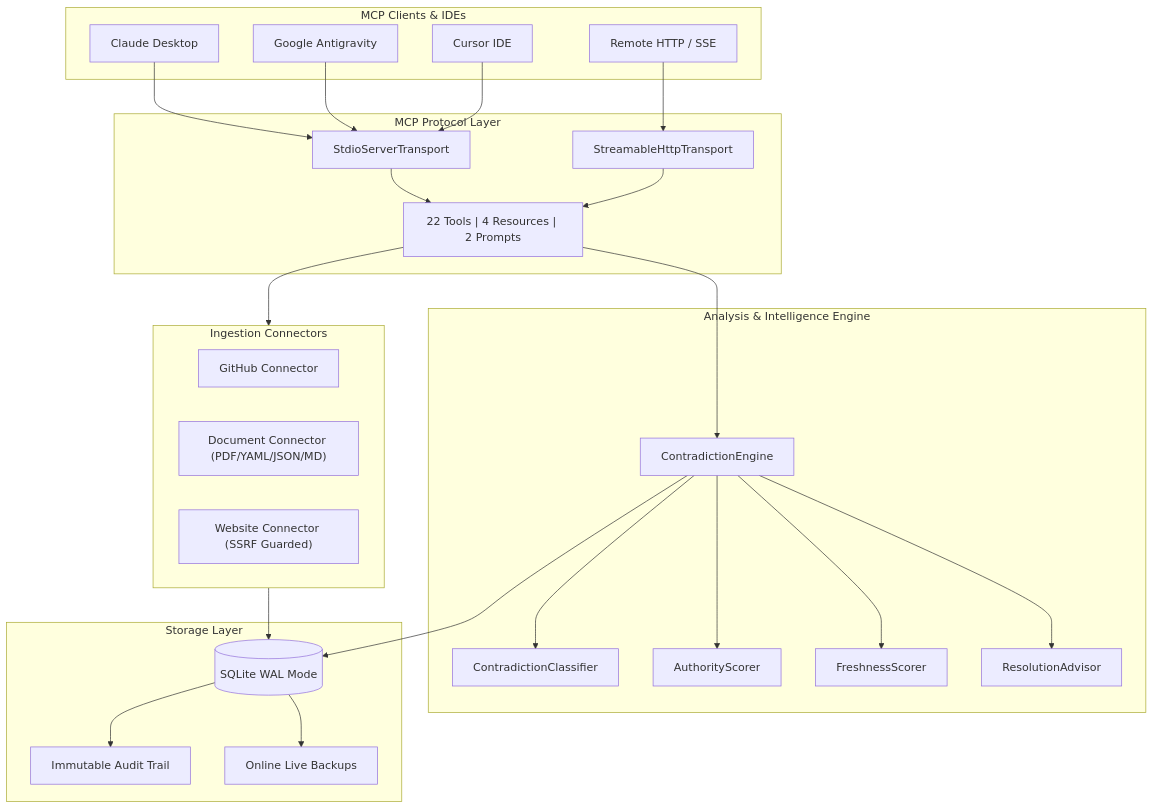
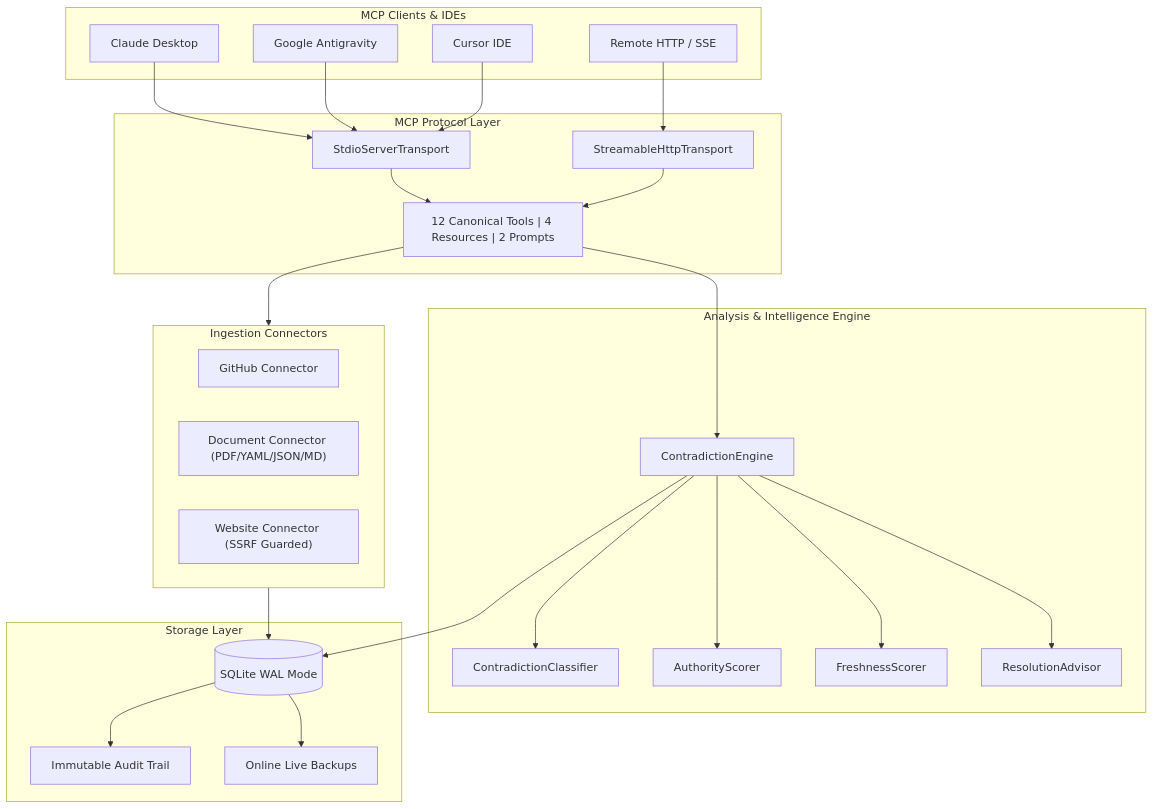
The diagram in README.md (Daksh-create349/Contradiction-MCP), drawn with Mermaid before and after one commit. The commit also changed other lines of this file and 15 other files, not shown here.

First line of the commit message:
chore(release): v0.3.0 - 12 canonical tools, multi-format docx table extraction, and backwards compatibility routing

````diff
--- a/README.md
+++ b/README.md
@@ -112,56 +112,56 @@
 ```mermaid
 flowchart TD
     subgraph Clients["MCP Clients & IDEs"]
         Claude["Claude Desktop"]
         AGY["Google Antigravity"]
         Cursor["Cursor IDE"]
         HTTP["Remote HTTP / SSE"]
     end
 
     subgraph Protocol["MCP Protocol Layer"]
         StdioT["StdioServerTransport"]
         HttpT["StreamableHttpTransport"]
-        Router["22 Tools | 4 Resources | 2 Prompts"]
+        Router["12 Canonical Tools | 4 Resources | 2 Prompts"]
     end
 
     subgraph Core["Analysis & Intelligence Engine"]
         Engine["ContradictionEngine"]
         Classifier["ContradictionClassifier"]
         Authority["AuthorityScorer"]
         Freshness["FreshnessScorer"]
         Advisor["ResolutionAdvisor"]
     end
 
     subgraph Connectors["Ingestion Connectors"]
         GH["GitHub Connector"]
         DOC["Document Connector (PDF/YAML/JSON/MD)"]
         WEB["Website Connector (SSRF Guarded)"]
     end
 
     subgraph Storage["Storage Layer"]
         DB[(SQLite WAL Mode)]
         Audit["Immutable Audit Trail"]
         Backups["Online Live Backups"]
     end
 
     Claude --> StdioT
     AGY --> StdioT
     Cursor --> StdioT
     HTTP --> HttpT
 
     StdioT --> Router
     HttpT --> Router
 
     Router --> Engine
     Router --> Connectors
 
     Connectors --> DB
     Engine --> Classifier
     Engine --> Authority
     Engine --> Freshness
     Engine --> Advisor
 
     Engine --> DB
     DB --> Audit
     DB --> Backups
 ```
````
